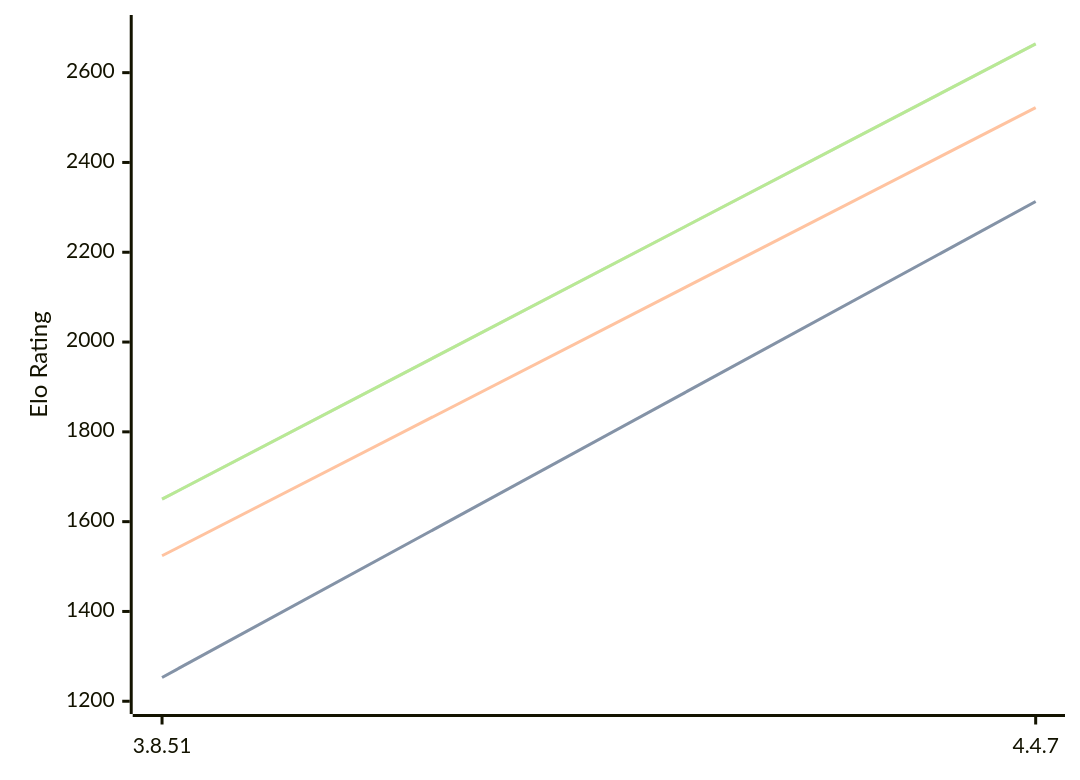
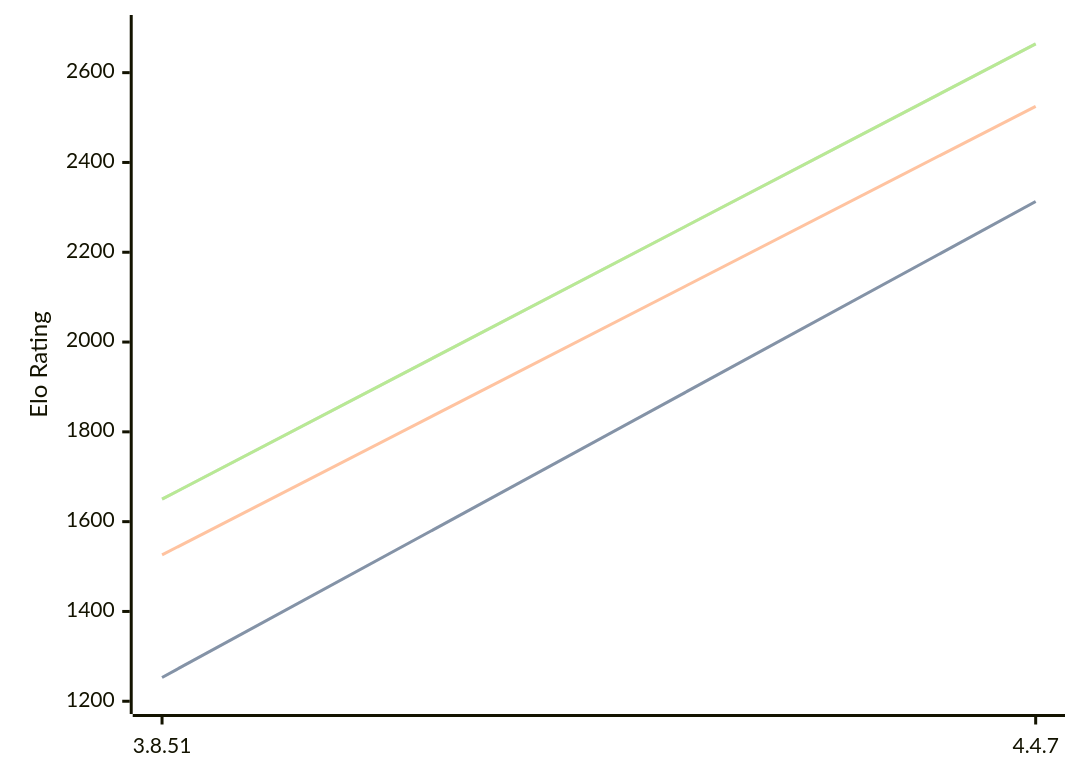
One commit to computer-chess-index/cci changed the diagram in engines/Scoria.md. Above: the diagram before and after it, drawn with Mermaid. The commit also changed other lines of this file, not shown here.

````diff
--- a/engines/Scoria.md
+++ b/engines/Scoria.md
@@ -32,11 +32,11 @@
 ```mermaid
 %%{init: {"theme":"base","themeVariables":{"seriesColors:['#a3a3a3','#222221','#faa371']}}}%%
 xychart-beta
   x-axis ["3.8.51", "4.4.7"]
   y-axis "Elo Rating" 1200 --> 2700
   line "" [1253, 2313]
   line "STC (8.0+0.08s)" [1253, 2313]
-  line "LTC (60.0+0.60s)" [1524, 2522]
+  line "LTC (60.0+0.60s)" [1526, 2525]
   line "" [1650, 2664]
   line "VLTC (2m24s+1.12s)" [1650, 2664]
 ```
````
